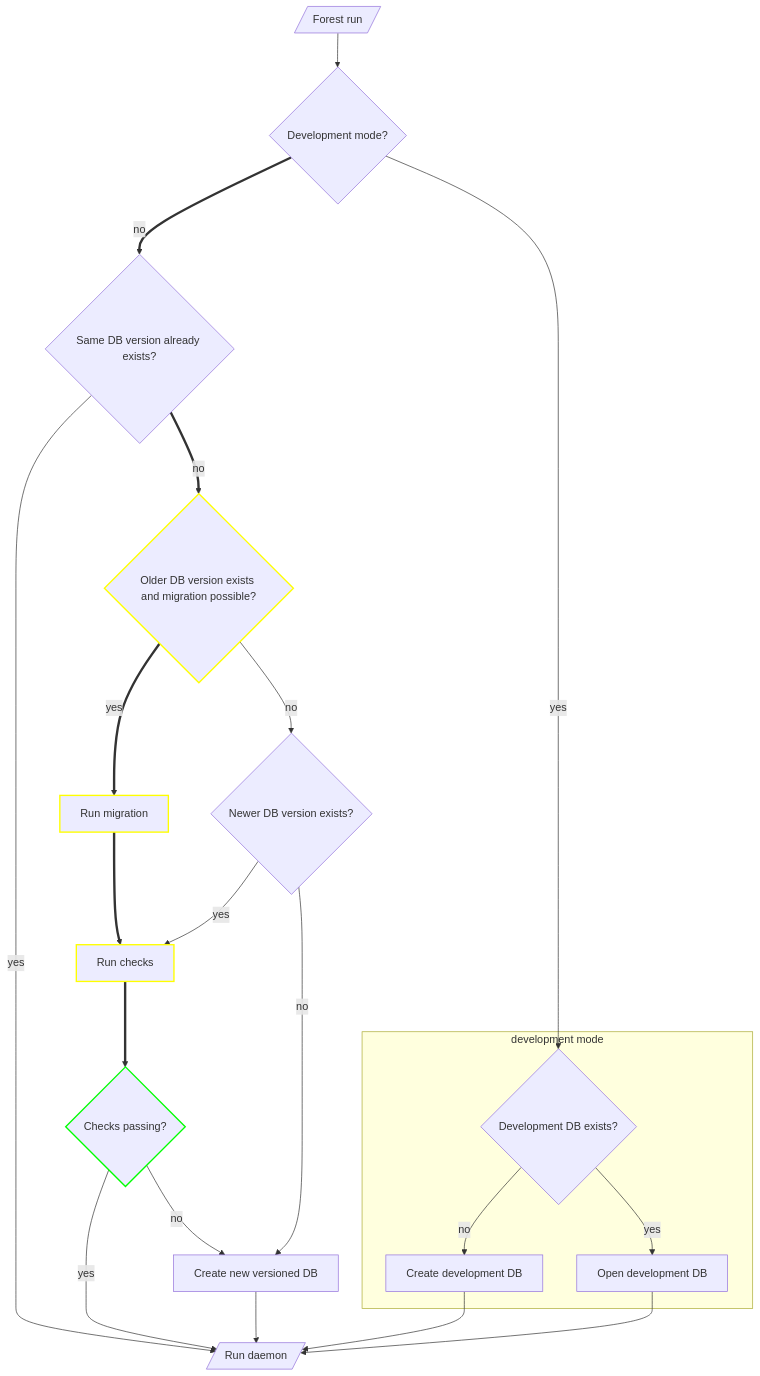
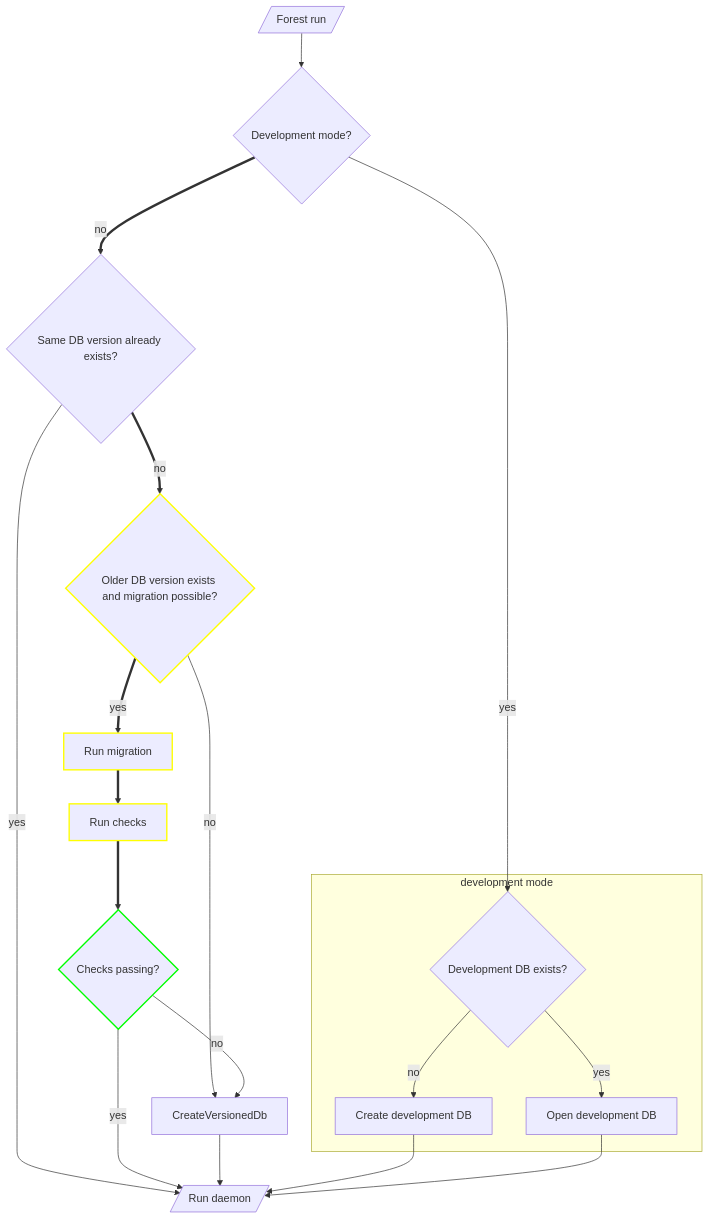
Before and after one commit to ChainSafe/forest: the first of 3 diagrams in documentation/src/developer_documentation/database_migrations.md, drawn with Mermaid. The commit also changed other lines of this file and 18 other files, not shown here.

````diff
--- a/documentation/src/developer_documentation/database_migrations.md
+++ b/documentation/src/developer_documentation/database_migrations.md
@@ -18,26 +18,24 @@
 ```mermaid
 flowchart TB
     RunForest[/Forest run/] --> DevMode{Development mode?}
     DevMode ==>|no| SameDbVersionExists{Same DB version already exists?}
     DevMode -->|yes| DevDbExists{Development DB exists?}
     subgraph development mode
         DevDbExists -->|no| CreateDevDb[Create development DB]
         DevDbExists -->|yes| OpenDevDb[Open development DB]
     end
     SameDbVersionExists -->|yes| Finish[Finish]
     SameDbVersionExists ==>|no| OlderDbVersionExists{Older DB version exists and migration possible?}:::Yellow
-    OlderDbVersionExists -->|no| NewerDbVersionExists{Newer DB version exists?}
+    OlderDbVersionExists -->|no| CreateVersionedDb
     OlderDbVersionExists ==>|yes| RunMigration[Run migration]:::Yellow
     RunMigration ==> RunChecks[Run checks]:::Yellow
     RunChecks ==> ChecksPassing{Checks passing?}:::Green
     ChecksPassing -->|yes| Finish
     ChecksPassing -->|no| CreateVersionedDb
-    NewerDbVersionExists -->|no| CreateVersionedDb[Create new versioned DB]
-    NewerDbVersionExists -->|yes| RunChecks
     CreateVersionedDb --> Finish
     CreateDevDb --> Finish
     OpenDevDb --> Finish[/Run daemon/]
 
 classDef Green stroke:#0f0,stroke-width:2px;
 classDef Yellow stroke:#ff0,stroke-width:2px;
 ```
````
